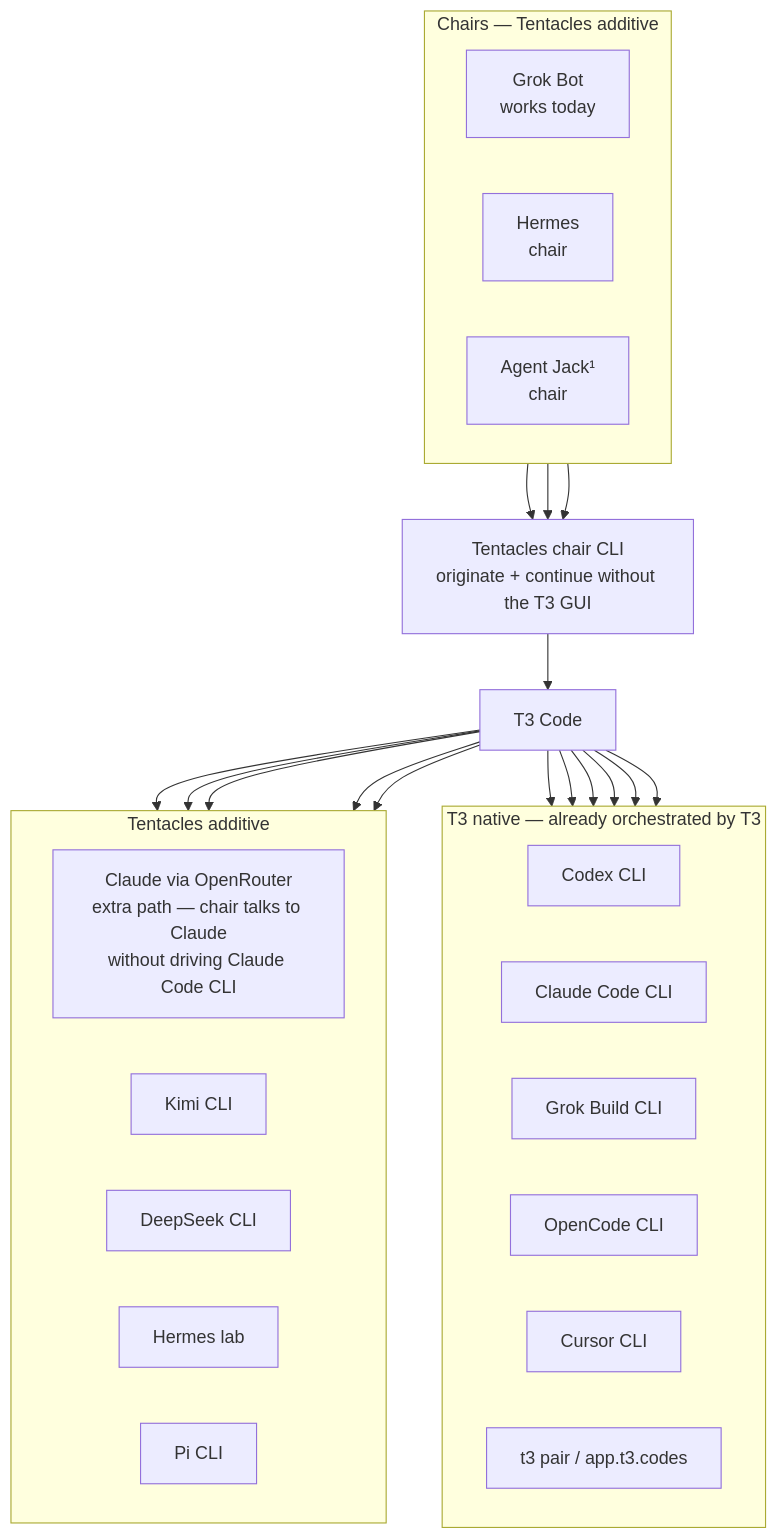
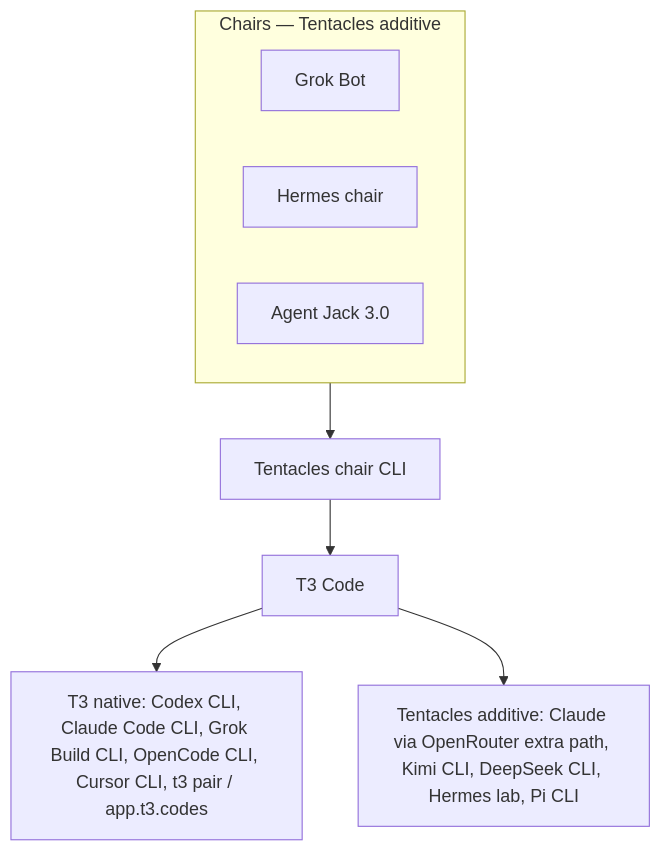
Before and after one commit to m-check1B/t3-code-tentacles: the diagram in README.md, drawn with Mermaid. The commit also changed other lines of this file and 1 other file, not shown here.

First line of the commit message:
docs: redraw Tentacles poster in paper-ink

````diff
--- a/README.md
+++ b/README.md
@@ -89,45 +92,13 @@
 ```mermaid
 flowchart TB
     subgraph Chairs["Chairs — Tentacles additive"]
         direction LR
-        GrokBot["Grok Bot<br/>works today"]
-        HermesChair["Hermes<br/>chair"]
-        Jack["Agent Jack¹<br/>chair"]
+        GrokBot["Grok Bot"]
+        HermesChair["Hermes chair"]
+        Jack["Agent Jack 3.0"]
     end
-
-    GrokBot --> ChairCLI["Tentacles chair CLI<br/>originate + continue without the T3 GUI"]
-    HermesChair --> ChairCLI
-    Jack --> ChairCLI
+    Chairs --> ChairCLI["Tentacles chair CLI"]
     ChairCLI --> T3["T3 Code"]
-
-    subgraph Native["T3 native — already orchestrated by T3"]
-        direction LR
-        Codex["Codex CLI"]
-        ClaudeCode["Claude Code CLI"]
-        GrokCLI["Grok Build CLI"]
-        OpenCode["OpenCode CLI"]
-        Cursor["Cursor CLI"]
-        Pair["t3 pair / app.t3.codes"]
-    end
-
-    subgraph Additive["Tentacles additive"]
-        direction LR
-        ClaudeOR["Claude via OpenRouter<br/>extra path — chair talks to Claude<br/>without driving Claude Code CLI"]
-        Kimi["Kimi CLI"]
-        DeepSeek["DeepSeek CLI"]
-        HermesLab["Hermes lab"]
-        Pi["Pi CLI"]
-    end
-
-    T3 --> Codex
-    T3 --> ClaudeCode
-    T3 --> GrokCLI
-    T3 --> OpenCode
-    T3 --> Cursor
-    T3 --> Pair
-    T3 --> ClaudeOR
-    T3 --> Kimi
-    T3 --> DeepSeek
-    T3 --> HermesLab
-    T3 --> Pi
+    T3 --> Native["T3 native: Codex CLI, Claude Code CLI, Grok Build CLI, OpenCode CLI, Cursor CLI, t3 pair / app.t3.codes"]
+    T3 --> Additive["Tentacles additive: Claude via OpenRouter extra path, Kimi CLI, DeepSeek CLI, Hermes lab, Pi CLI"]
 ```
````
